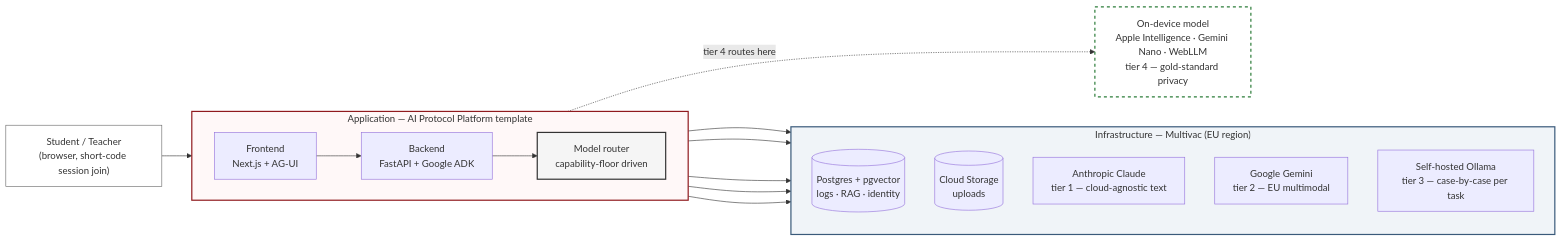
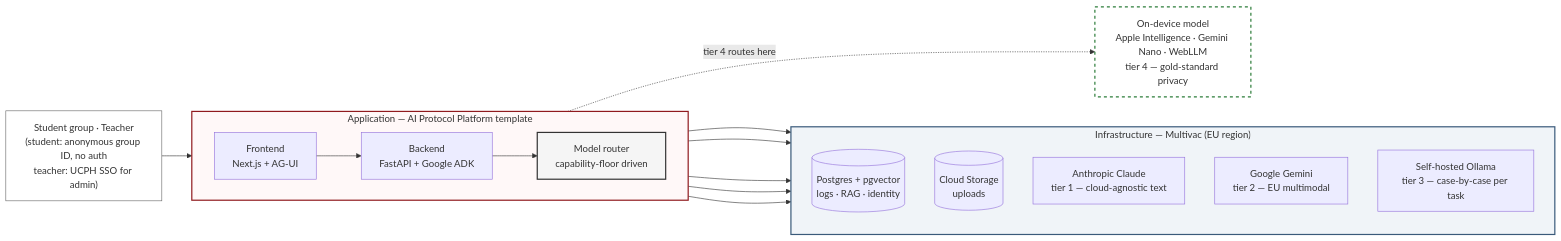
One commit to sunholo-data/aipla changed the first of 2 diagrams in architecture.qmd. Above: the diagram before and after it, drawn with Mermaid. The commit also changed other lines of this file, not shown here.

````diff
--- a/architecture.qmd
+++ b/architecture.qmd
@@ -19,37 +19,37 @@
 ```{mermaid}
 flowchart LR
-    User["Student / Teacher<br/>(browser, short-code session join)"]
+    User["Student group · Teacher<br/>(student: anonymous group ID, no auth<br/>teacher: UCPH SSO for admin)"]
     OnDevice["On-device model<br/>Apple Intelligence · Gemini Nano · WebLLM<br/>tier 4 — gold-standard privacy"]
 
     subgraph Platform["Application — AI Protocol Platform template"]
         direction LR
         Front["Frontend<br/>Next.js + AG-UI"]
         Back["Backend<br/>FastAPI + Google ADK"]
         Router["Model router<br/>capability-floor driven"]
     end
 
     subgraph Multivac["Infrastructure — Multivac (EU region)"]
         direction TB
         DB[("Postgres + pgvector<br/>logs · RAG · identity")]
         Storage[("Cloud Storage<br/>uploads")]
         Claude["Anthropic Claude<br/>tier 1 — cloud-agnostic text"]
         Gemini["Google Gemini<br/>tier 2 — EU multimodal"]
         Ollama["Self-hosted Ollama<br/>tier 3 — case-by-case per task"]
     end
 
     User --> Front
     Front -.tier 4 routes here.-> OnDevice
     Front --> Back
     Back --> DB
     Back --> Storage
     Back --> Router
     Router --> Claude
     Router --> Gemini
     Router --> Ollama
 
     style User fill:#fff,stroke:#666
     style OnDevice fill:#fff,stroke:#2d7d3a,stroke-width:2px,stroke-dasharray:5
     style Platform fill:#fff8f8,stroke:#901a1e,stroke-width:2px
     style Multivac fill:#f0f4f8,stroke:#3a5a7a,stroke-width:2px
     style Router fill:#f5f5f5,stroke:#333,stroke-width:2px
 ```
````
